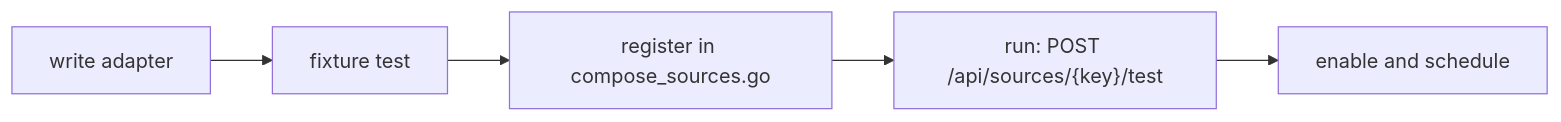
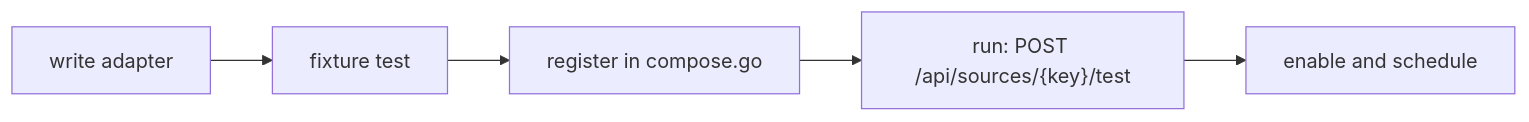
Before and after one commit to nonamecat19/job-finder: the fourth of 4 diagrams in docs/docs/ingestion/job-sources.md, drawn with Mermaid. The commit also changed other lines of this file and 38 other files, not shown here.

````diff
--- a/docs/docs/ingestion/job-sources.md
+++ b/docs/docs/ingestion/job-sources.md
@@ -147,7 +177,7 @@
 ```mermaid
 flowchart LR
     A["write adapter"] --> B["fixture test"]
-    B --> C["register in compose_sources.go"]
+    B --> C["register in compose.go"]
     C --> D["run: POST /api/sources/{key}/test"]
     D --> E["enable and schedule"]
 ```
````
